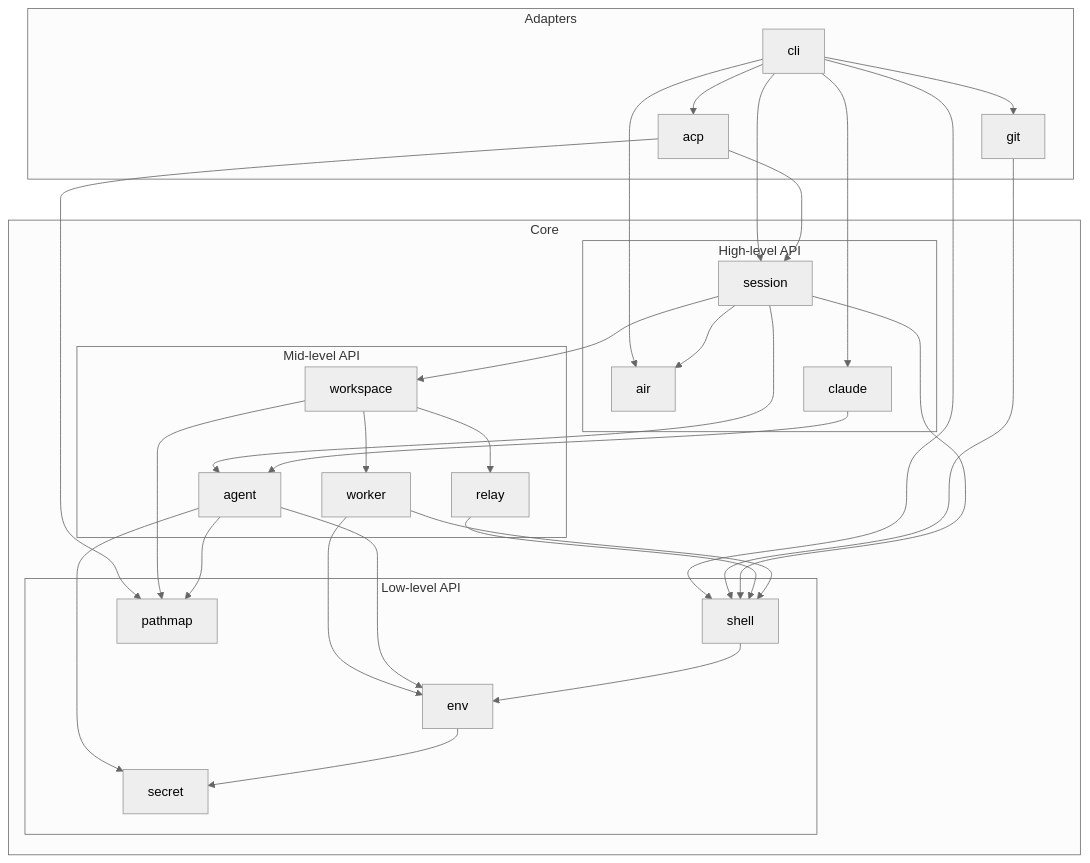
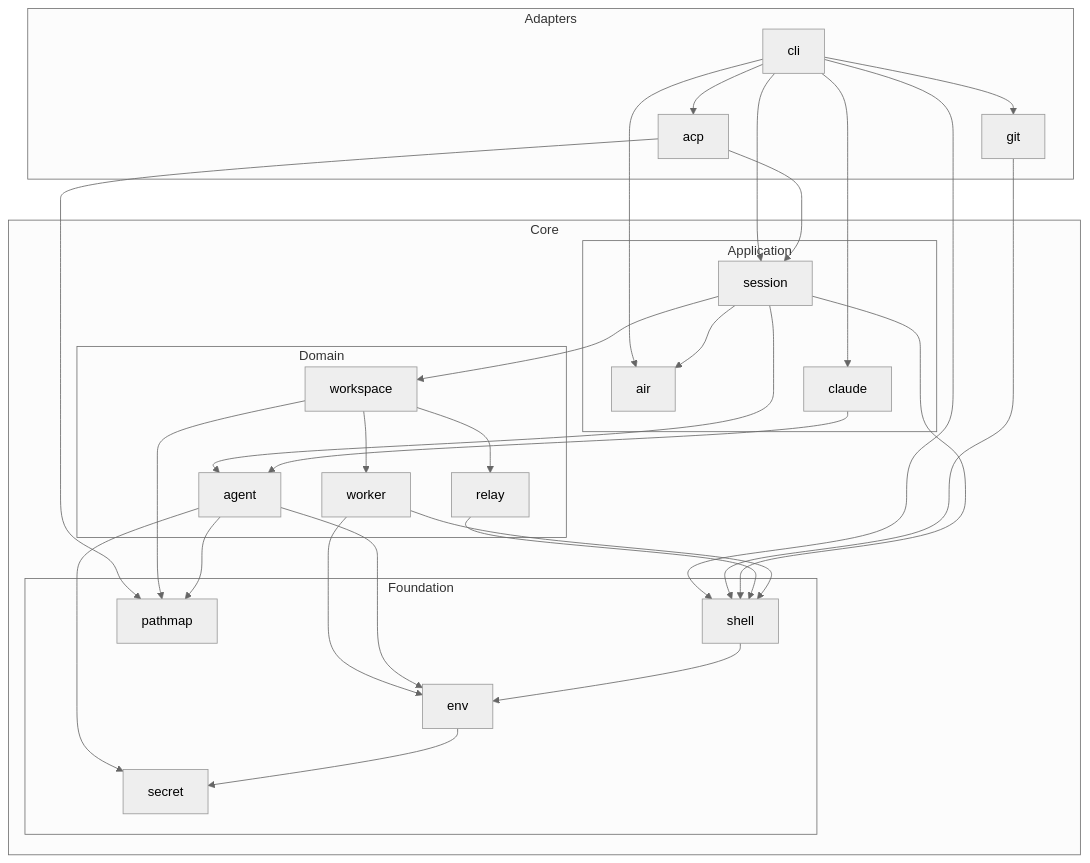
One commit to zerlok/hermod changed the sixth of 12 diagrams in docs/ARCHITECTURE.md. Above: the diagram before and after it, drawn with Mermaid (neutral theme). The commit also changed other lines of this file and 1 other file, not shown here.

First line of the commit message:
docs(architecture): describe components top-down by dependency

````diff
--- a/docs/ARCHITECTURE.md
+++ b/docs/ARCHITECTURE.md
@@ -259,52 +278,52 @@
 ```mermaid
 flowchart TD
     subgraph adapters["Adapters"]
         cli
         git
         acp
     end
     subgraph core["Core"]
-        subgraph high["High-level API"]
+        subgraph app["Application"]
             session
             air
             claude
         end
-        subgraph mid["Mid-level API"]
+        subgraph domain["Domain"]
             workspace
             worker
             relay
             agent
         end
-        subgraph low["Low-level API"]
+        subgraph foundation["Foundation"]
             shell
             env
             secret
             pathmap
         end
     end
     cli --> git
     cli --> acp
     cli --> session
     cli --> air
     cli --> claude
     cli --> shell
     git --> shell
     acp --> session
     acp --> pathmap
     session --> workspace
     session --> agent
     session --> air
     session --> shell
     claude --> agent
     workspace --> relay
     workspace --> worker
     workspace --> pathmap
     relay --> shell
     worker --> shell
     worker --> env
     agent --> pathmap
     agent --> env
     agent --> secret
     shell --> env
     env --> secret
 ```
````
